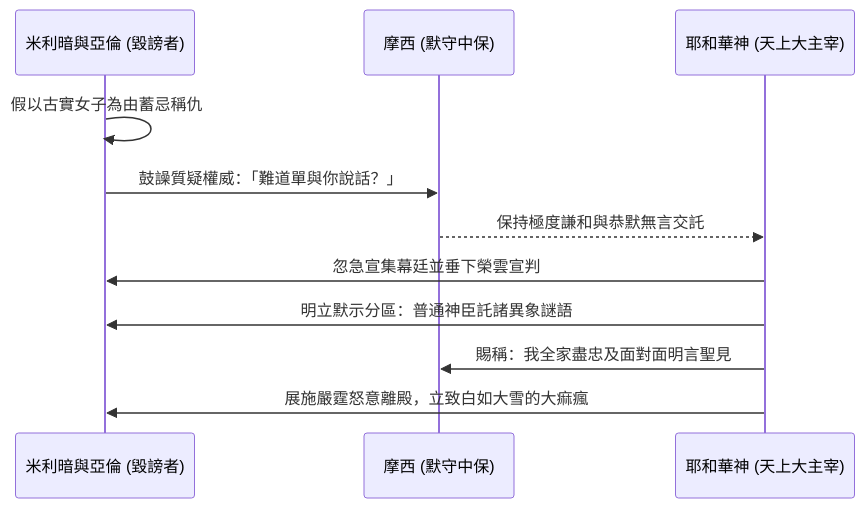
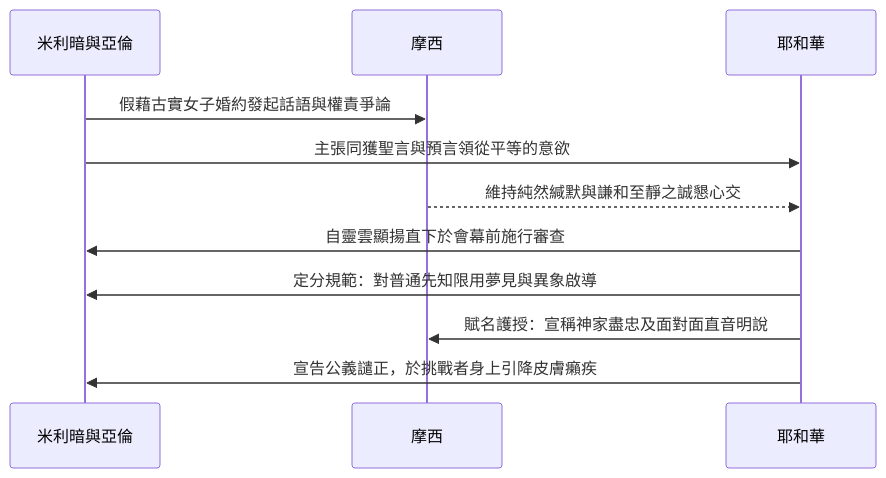
One commit to andyjr5566/Bible_wiki_zh changed the diagram in 04 民數記/第12章.md. Above: the diagram before and after it, drawn with Mermaid. The commit also changed other lines of this file and 16 other files, not shown here.

````diff
--- a/04 民數記/第12章.md
+++ b/04 民數記/第12章.md
@@ -76,13 +76,13 @@
 ```mermaid
 sequenceDiagram
-    participant M as 米利暗與亞倫 (毀謗者)
-    participant O as 摩西 (默守中保)
-    participant G as 耶和華神 (天上大主宰)
-    M->>M: 假以古實女子為由蓄忌稱仇
-    M->>O: 鼓譟質疑權威：「難道單與你說話？」
-    O-->>G: 保持極度謙和與恭默無言交託
-    G->>M: 忽急宣集幕廷並垂下榮雲宣判
-    G->>M: 明立默示分區：普通神臣託諸異象謎語
-    G->>O: 賜稱：我全家盡忠及面對面明言聖見
-    G->>M: 展施嚴霆怒意離殿，立致白如大雪的大痲瘋
+    participant 米利暗與亞倫
+    participant 摩西
+    participant 耶和華
+    米利暗與亞倫->>摩西: 假藉古實女子婚約發起話語與權責爭論
+    米利暗與亞倫->>耶和華: 主張同獲聖言與預言領從平等的意欲
+    摩西-->>耶和華: 維持純然緘默與謙和至靜之誠懇心交
+    耶和華->>米利暗與亞倫: 自靈雲顯揚直下於會幕前施行審查
+    耶和華->>米利暗與亞倫: 定分規範：對普通先知限用夢見與異象啟導
+    耶和華->>摩西: 賦名護授：宣稱神家盡忠及面對面直音明說
+    耶和華->>米利暗與亞倫: 宣告公義譴正，於挑戰者身上引降皮膚癩疾
 ```
````
